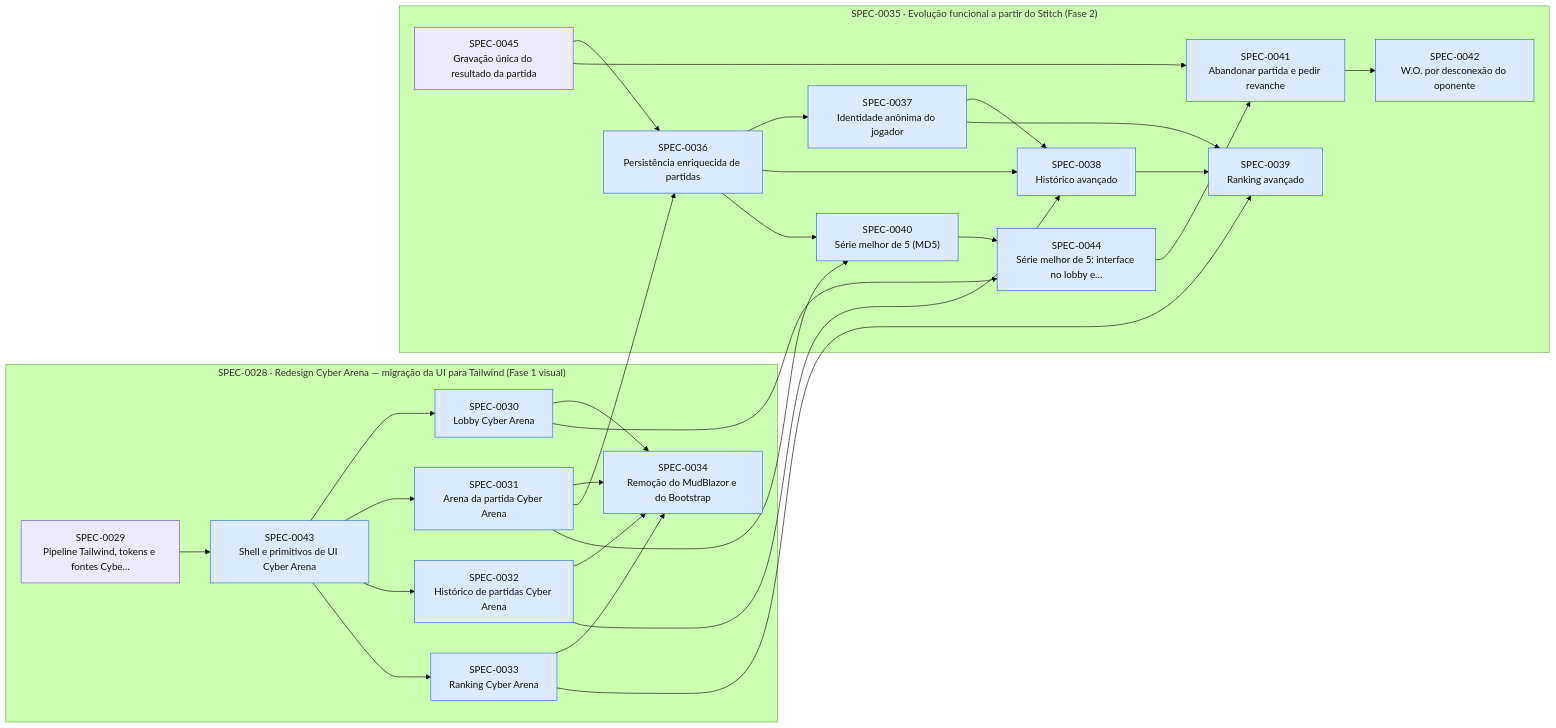
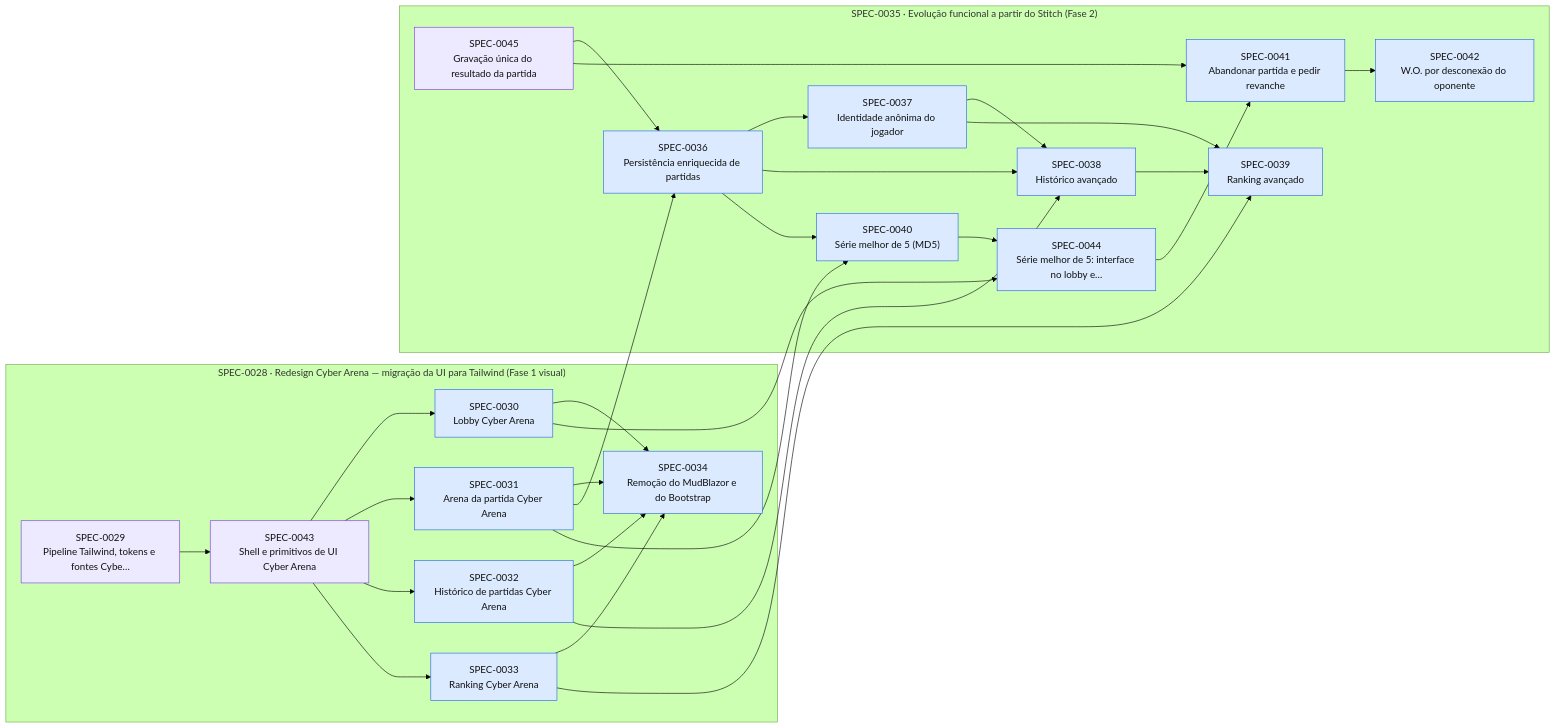
Before and after one commit to thomasravache/jogo-da-velha-multiplayer: the diagram in docs/specs/INDEX.md, drawn with Mermaid (forest theme). The commit also changed other lines of this file and 3 other files, not shown here.

````diff
--- a/docs/specs/INDEX.md
+++ b/docs/specs/INDEX.md
@@ -51,53 +51,53 @@
 ```mermaid
 flowchart LR
   subgraph E0028["SPEC-0028 · Redesign Cyber Arena — migração da UI para Tailwind (Fase 1 visual)"]
     S0029["SPEC-0029<br/>Pipeline Tailwind, tokens e fontes Cybe…"]:::inprogress
     S0030["SPEC-0030<br/>Lobby Cyber Arena"]:::approved
     S0031["SPEC-0031<br/>Arena da partida Cyber Arena"]:::approved
     S0032["SPEC-0032<br/>Histórico de partidas Cyber Arena"]:::approved
     S0033["SPEC-0033<br/>Ranking Cyber Arena"]:::approved
     S0034["SPEC-0034<br/>Remoção do MudBlazor e do Bootstrap"]:::approved
-    S0043["SPEC-0043<br/>Shell e primitivos de UI Cyber Arena"]:::approved
+    S0043["SPEC-0043<br/>Shell e primitivos de UI Cyber Arena"]:::inprogress
   end
   subgraph E0035["SPEC-0035 · Evolução funcional a partir do Stitch (Fase 2)"]
     S0036["SPEC-0036<br/>Persistência enriquecida de partidas"]:::approved
     S0037["SPEC-0037<br/>Identidade anônima do jogador"]:::approved
     S0038["SPEC-0038<br/>Histórico avançado"]:::approved
     S0039["SPEC-0039<br/>Ranking avançado"]:::approved
     S0040["SPEC-0040<br/>Série melhor de 5 (MD5)"]:::approved
     S0041["SPEC-0041<br/>Abandonar partida e pedir revanche"]:::approved
     S0042["SPEC-0042<br/>W.O. por desconexão do oponente"]:::approved
     S0044["SPEC-0044<br/>Série melhor de 5: interface no lobby e…"]:::approved
     S0045["SPEC-0045<br/>Gravação única do resultado da partida"]:::inprogress
   end
   S0043 --> S0030
   S0043 --> S0031
   S0043 --> S0032
   S0043 --> S0033
   S0030 --> S0034
   S0031 --> S0034
   S0032 --> S0034
   S0033 --> S0034
   S0031 --> S0036
   S0045 --> S0036
   S0036 --> S0037
   S0032 --> S0038
   S0036 --> S0038
   S0037 --> S0038
   S0033 --> S0039
   S0037 --> S0039
   S0038 --> S0039
   S0031 --> S0040
   S0036 --> S0040
   S0044 --> S0041
   S0045 --> S0041
   S0041 --> S0042
   S0029 --> S0043
   S0030 --> S0044
   S0040 --> S0044
   classDef proposed fill:#fef3c7,stroke:#d97706,color:#111
   classDef approved fill:#dbeafe,stroke:#2563eb,color:#111
   classDef inprogress fill:#ede9fe,stroke:#7c3aed,color:#111
   classDef implemented fill:#dcfce7,stroke:#16a34a,color:#111
   classDef deprecated fill:#f3f4f6,stroke:#9ca3af,color:#6b7280
 ```
````
